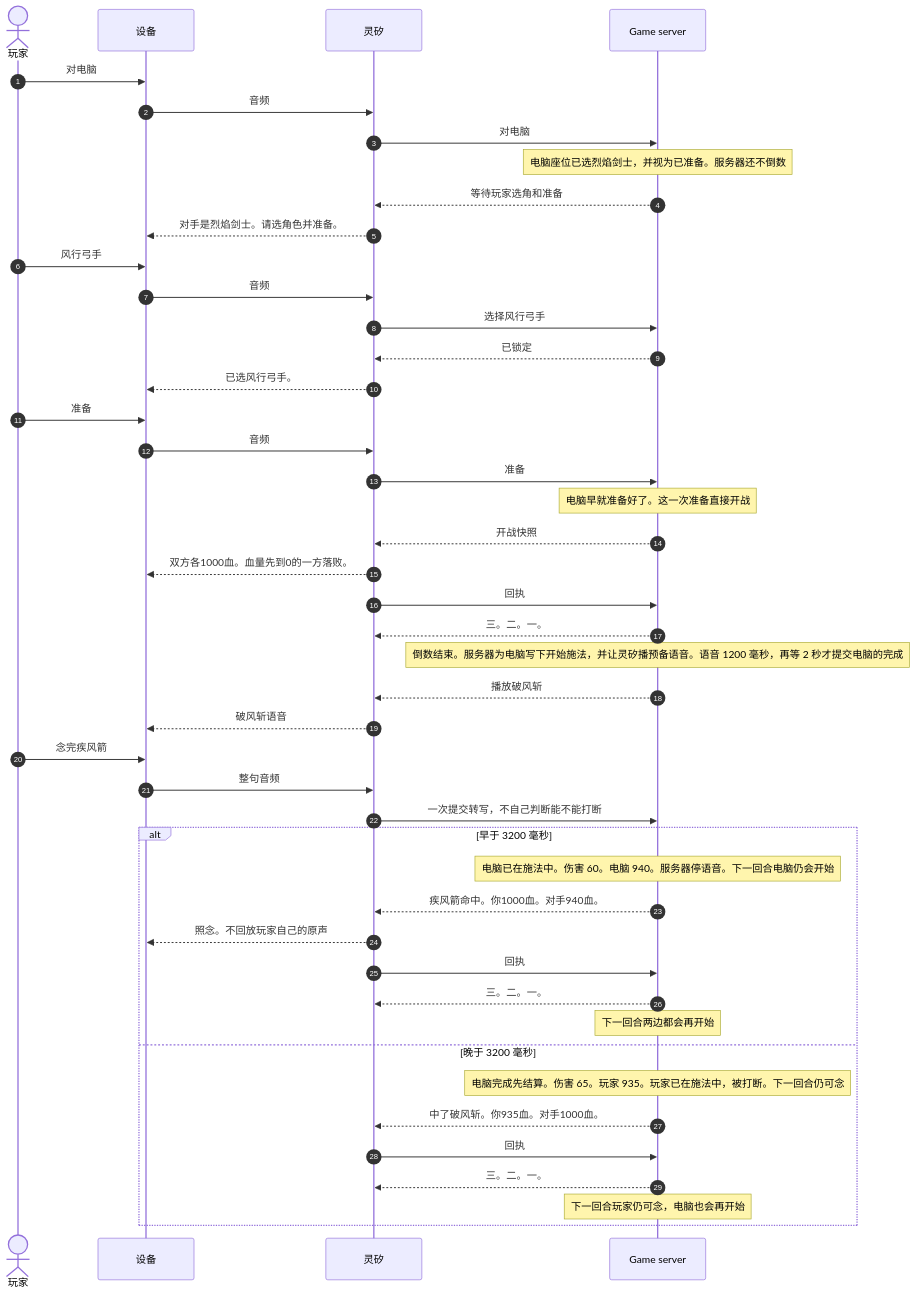
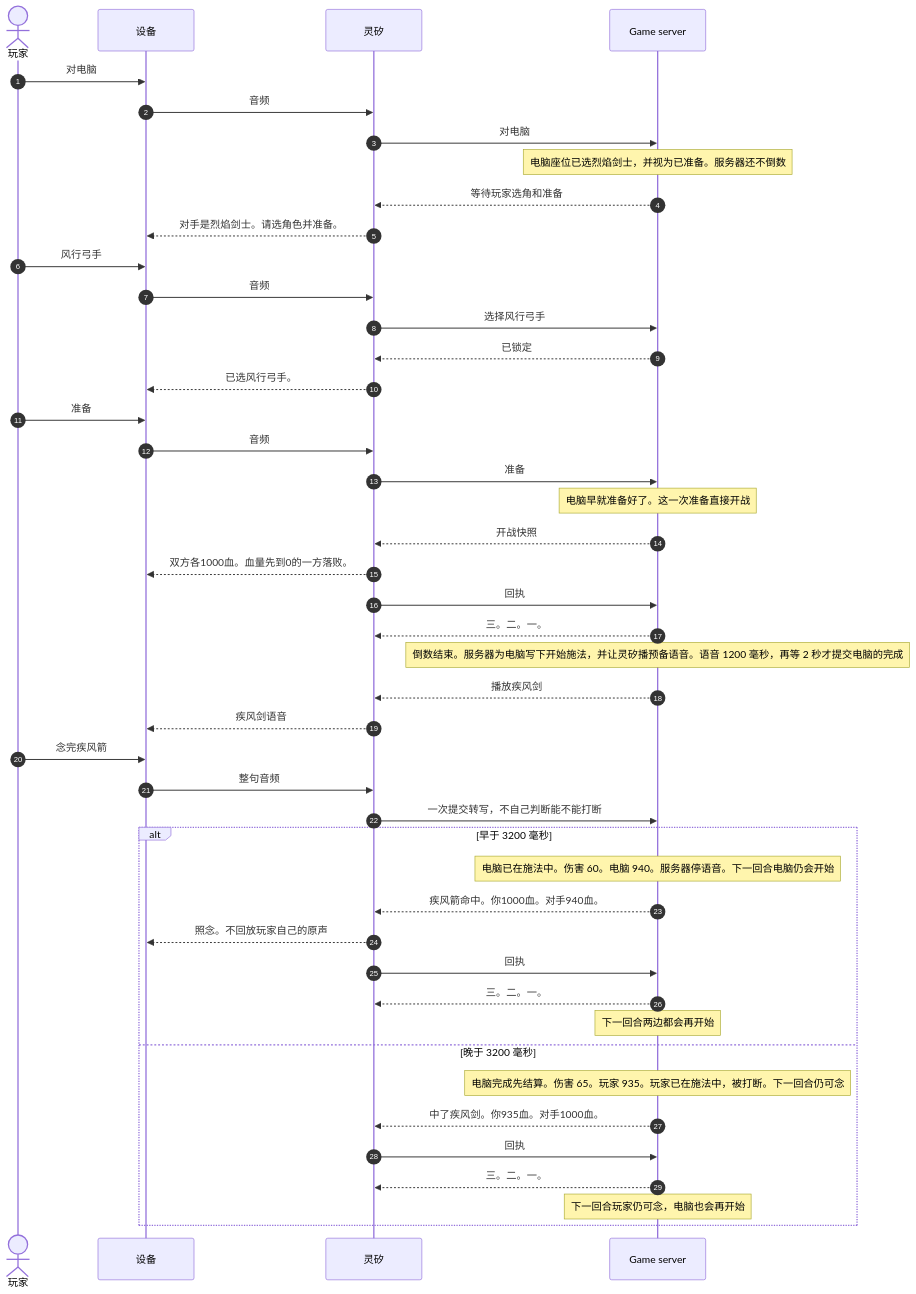
One commit to wilcosheh/lieyanliaoyuan changed the fourth of 6 diagrams in docs/交互设计.md. Above: the diagram before and after it, drawn with Mermaid. The commit also changed other lines of this file and 23 other files, not shown here.

````diff
--- a/docs/交互设计.md
+++ b/docs/交互设计.md
@@ -436,48 +436,48 @@
 ```mermaid
 sequenceDiagram
     autonumber
     actor 玩家
     participant 设备
     participant 灵矽
     participant GS as Game server
 
     玩家->>设备: 对电脑
     设备->>灵矽: 音频
     灵矽->>GS: 对电脑
     Note over GS: 电脑座位已选烈焰剑士，并视为已准备。服务器还不倒数
     GS-->>灵矽: 等待玩家选角和准备
     灵矽-->>设备: 对手是烈焰剑士。请选角色并准备。
     玩家->>设备: 风行弓手
     设备->>灵矽: 音频
     灵矽->>GS: 选择风行弓手
     GS-->>灵矽: 已锁定
     灵矽-->>设备: 已选风行弓手。
     玩家->>设备: 准备
     设备->>灵矽: 音频
     灵矽->>GS: 准备
     Note over GS: 电脑早就准备好了。这一次准备直接开战
     GS-->>灵矽: 开战快照
     灵矽-->>设备: 双方各1000血。血量先到0的一方落败。
     灵矽->>GS: 回执
     GS-->>灵矽: 三。二。一。
     Note over GS: 倒数结束。服务器为电脑写下开始施法，并让灵矽播预备语音。语音 1200 毫秒，再等 2 秒才提交电脑的完成
-    GS-->>灵矽: 播放破风斩
-    灵矽-->>设备: 破风斩语音
+    GS-->>灵矽: 播放疾风剑
+    灵矽-->>设备: 疾风剑语音
     玩家->>设备: 念完疾风箭
     设备->>灵矽: 整句音频
     灵矽->>GS: 一次提交转写，不自己判断能不能打断
     alt 早于 3200 毫秒
         Note over GS: 电脑已在施法中。伤害 60。电脑 940。服务器停语音。下一回合电脑仍会开始
         GS-->>灵矽: 疾风箭命中。你1000血。对手940血。
         灵矽-->>设备: 照念。不回放玩家自己的原声
         灵矽->>GS: 回执
         GS-->>灵矽: 三。二。一。
         Note over GS: 下一回合两边都会再开始
     else 晚于 3200 毫秒
         Note over GS: 电脑完成先结算。伤害 65。玩家 935。玩家已在施法中，被打断。下一回合仍可念
-        GS-->>灵矽: 中了破风斩。你935血。对手1000血。
+        GS-->>灵矽: 中了疾风剑。你935血。对手1000血。
         灵矽->>GS: 回执
         GS-->>灵矽: 三。二。一。
         Note over GS: 下一回合玩家仍可念，电脑也会再开始
     end
 ```
````
